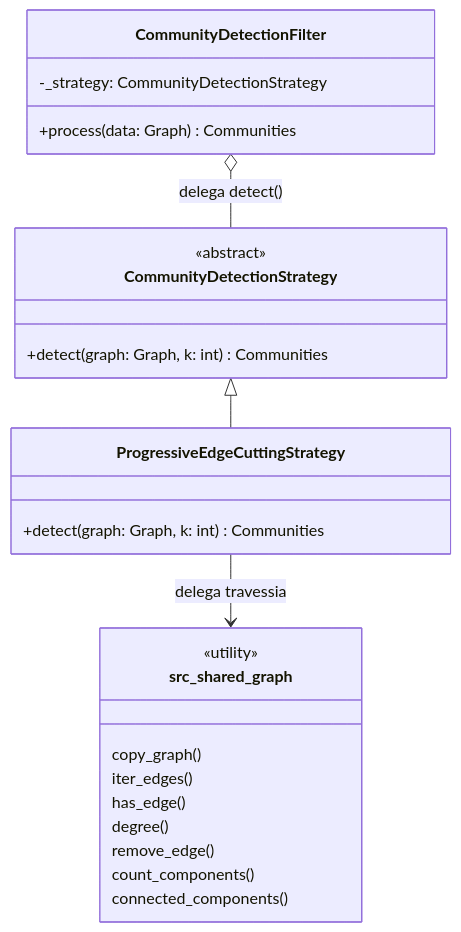
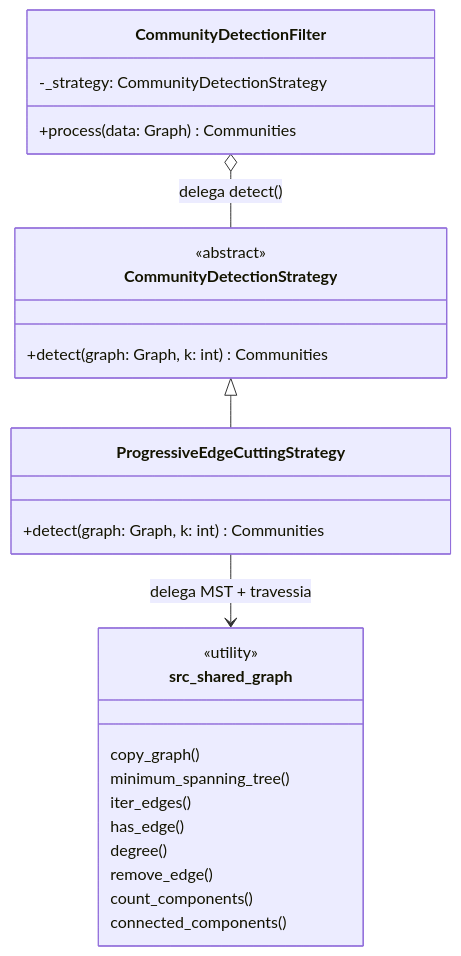
The fifth of 5 diagrams in docs/padroes_projeto.md (RufinoVfR/GameReviewGraph), drawn with Mermaid before and after one commit. The commit also changed other lines of this file and 25 other files, not shown here.

First line of the commit message:
feat: implement graph ops, types package, and MST-based community detection plan

````diff
--- a/docs/padroes_projeto.md
+++ b/docs/padroes_projeto.md
@@ -257,31 +257,32 @@
 ```mermaid
 classDiagram
     class CommunityDetectionStrategy {
         <<abstract>>
         +detect(graph: Graph, k: int) Communities
     }
 
     class ProgressiveEdgeCuttingStrategy {
         +detect(graph: Graph, k: int) Communities
     }
 
     class src_shared_graph {
         <<utility>>
         copy_graph()
+        minimum_spanning_tree()
         iter_edges()
         has_edge()
         degree()
         remove_edge()
         count_components()
         connected_components()
     }
 
     class CommunityDetectionFilter {
         -_strategy: CommunityDetectionStrategy
         +process(data: Graph) Communities
     }
 
     CommunityDetectionStrategy <|-- ProgressiveEdgeCuttingStrategy
     CommunityDetectionFilter o-- CommunityDetectionStrategy : delega detect()
-    ProgressiveEdgeCuttingStrategy --> src_shared_graph : delega travessia
+    ProgressiveEdgeCuttingStrategy --> src_shared_graph : delega MST + travessia
 ```
````
